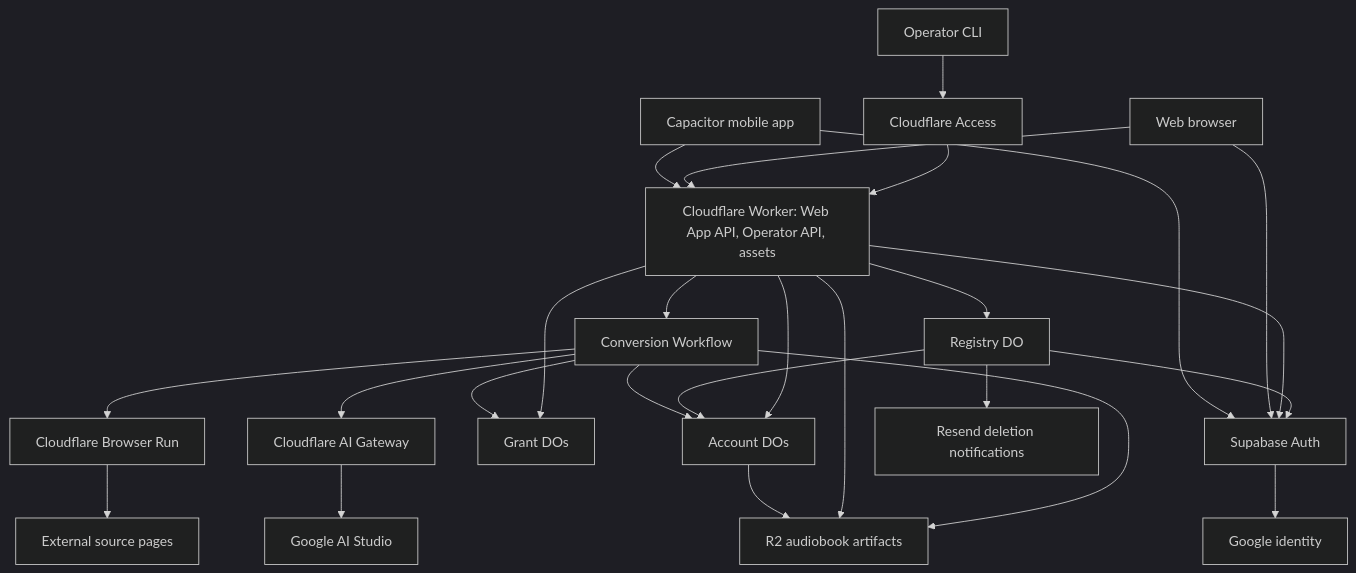
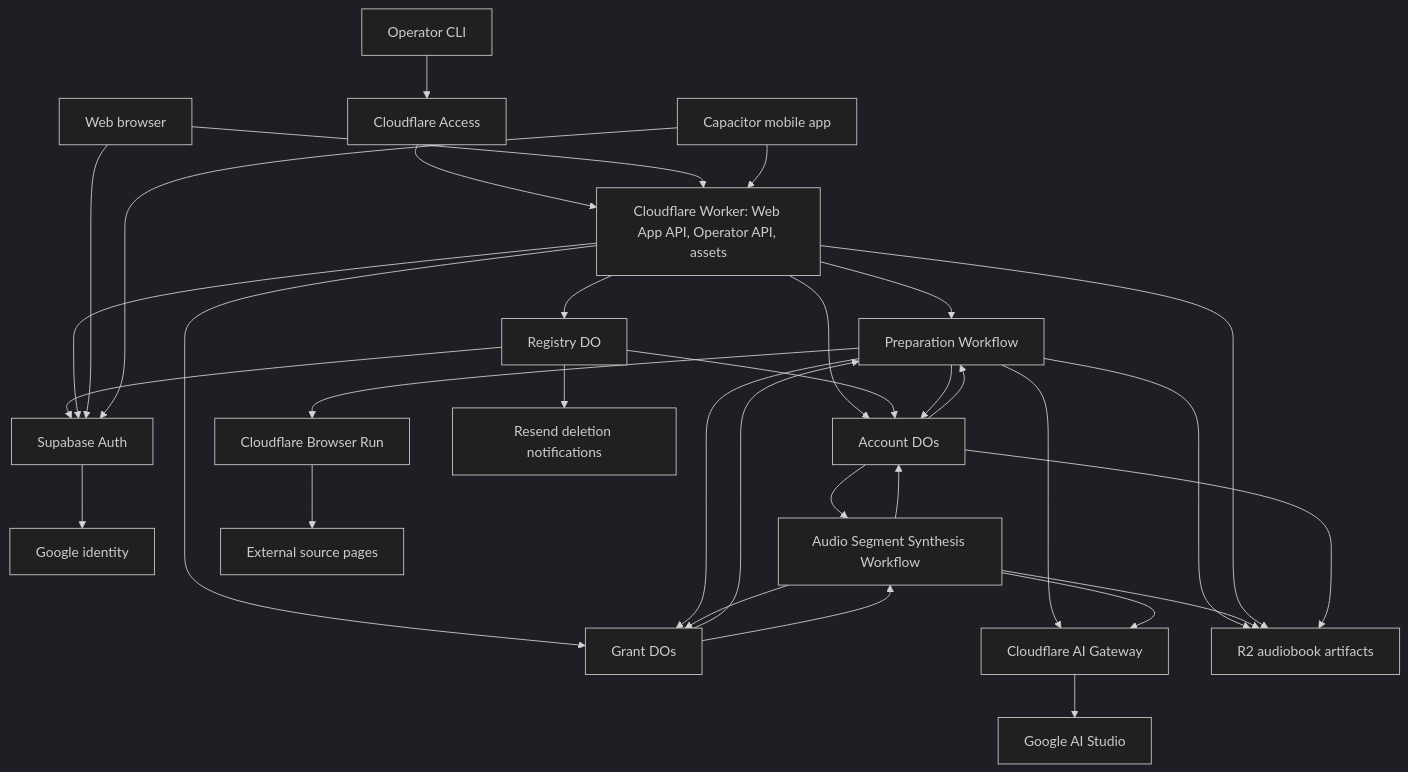
The first of 2 diagrams in docs/architecture/README.md (patricktree/cup), drawn with Mermaid (dark theme) before and after one commit. The commit also changed other lines of this file and 148 other files, not shown here.

````diff
--- a/docs/architecture/README.md
+++ b/docs/architecture/README.md
@@ -7,27 +7,35 @@
 ```mermaid
 flowchart TD
     Operator[Operator CLI] --> Access[Cloudflare Access]
     Access --> Worker
     Web[Web browser] --> Worker[Cloudflare Worker: Web App API, Operator API, assets]
     Native[Capacitor mobile app] --> Worker
     Registry --> Auth
     Worker --> Auth
     Web --> Auth[Supabase Auth]
     Native --> Auth
     Auth --> Google[Google identity]
-    Worker --> Workflow[Conversion Workflow]
+    Worker --> Preparation[Preparation Workflow]
     Worker --> Accounts[Account DOs]
     Worker --> Trials[Grant DOs]
     Worker --> Registry[Registry DO]
     Registry --> Accounts
-    Workflow --> Browser[Cloudflare Browser Run]
+    Accounts --> Preparation
+    Trials --> Preparation
+    Accounts --> Synthesis[Audio Segment Synthesis Workflow]
+    Trials --> Synthesis
+    Preparation --> Browser[Cloudflare Browser Run]
     Browser --> Source[External source pages]
-    Workflow --> Gateway[Cloudflare AI Gateway]
+    Preparation --> Gateway[Cloudflare AI Gateway]
+    Synthesis --> Gateway
     Gateway --> AI[Google AI Studio]
-    Workflow --> Accounts
-    Workflow --> Trials
-    Workflow --> R2[R2 audiobook artifacts]
+    Preparation --> Accounts
+    Preparation --> Trials
+    Preparation --> R2[R2 audiobook artifacts]
+    Synthesis --> Accounts
+    Synthesis --> Trials
+    Synthesis --> R2
     Worker --> R2
     Accounts --> R2
     Registry --> Email[Resend deletion notifications]
 ```
````
